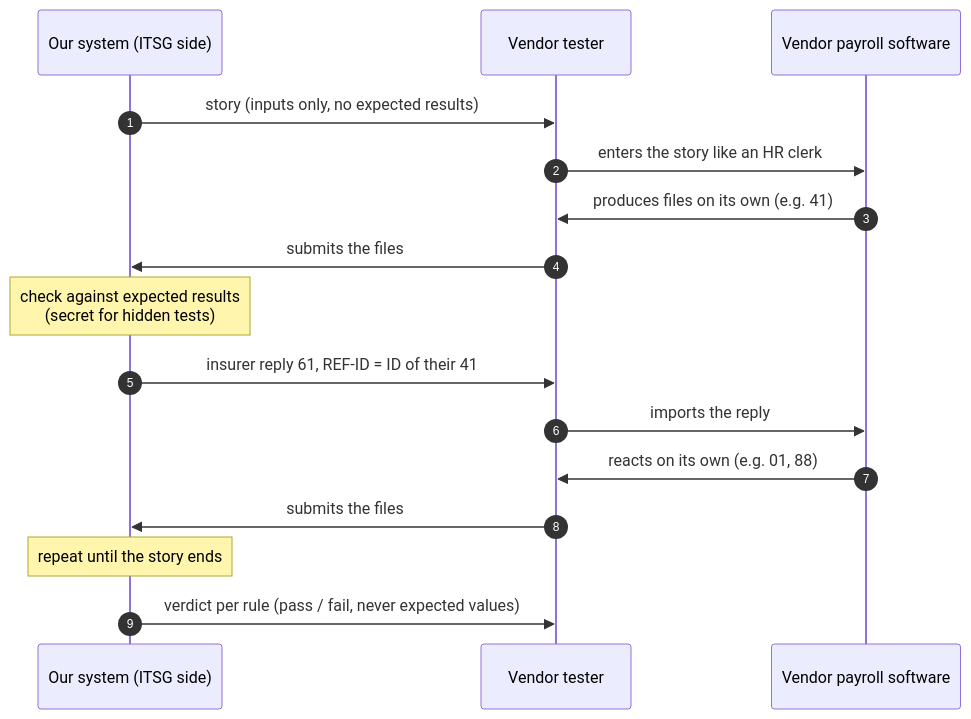
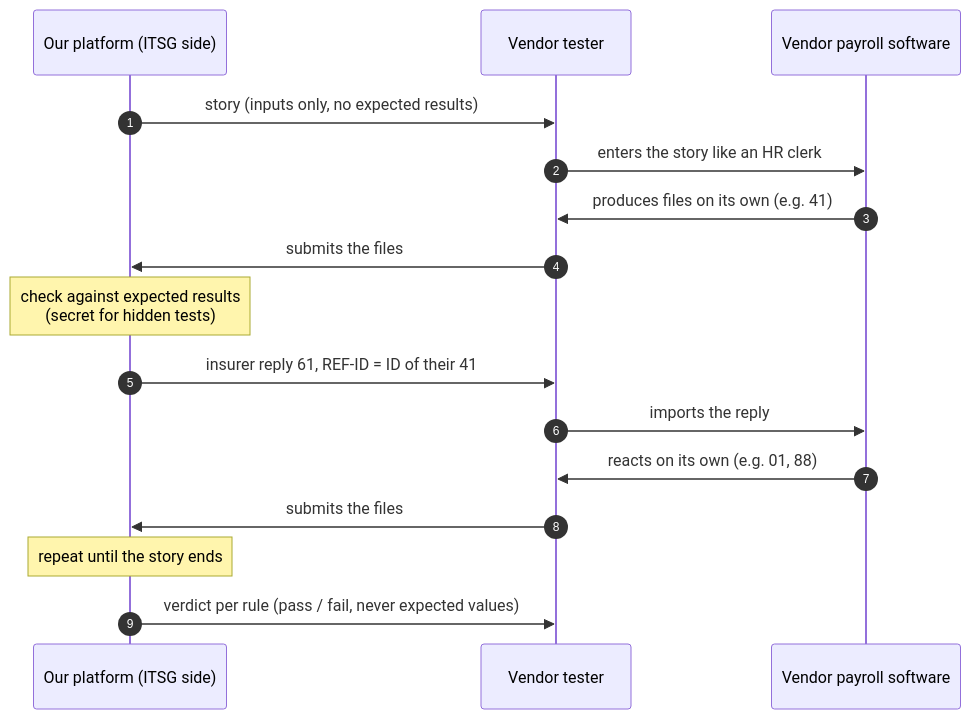
One commit to ahlemtr/ITSG-Futury-Build-day changed the diagram in plan/diagrams/11_test_rounds.md. Above: the diagram before and after it, drawn with Mermaid. The commit also changed 10 other files, not shown here.

````diff
--- a/plan/diagrams/11_test_rounds.md
+++ b/plan/diagrams/11_test_rounds.md
@@ -3,18 +3,18 @@
 ```mermaid
 sequenceDiagram
     autonumber
-    participant US as Our system (ITSG side)
+    participant US as Our platform (ITSG side)
     participant V as Vendor tester
     participant SW as Vendor payroll software
     US->>V: story (inputs only, no expected results)
     V->>SW: enters the story like an HR clerk
     SW->>V: produces files on its own (e.g. 41)
     V->>US: submits the files
     Note over US: check against expected results<br/>(secret for hidden tests)
     US->>V: insurer reply 61, REF-ID = ID of their 41
     V->>SW: imports the reply
     SW->>V: reacts on its own (e.g. 01, 88)
     V->>US: submits the files
     Note over US: repeat until the story ends
     US->>V: verdict per rule (pass / fail, never expected values)
 ```
````
